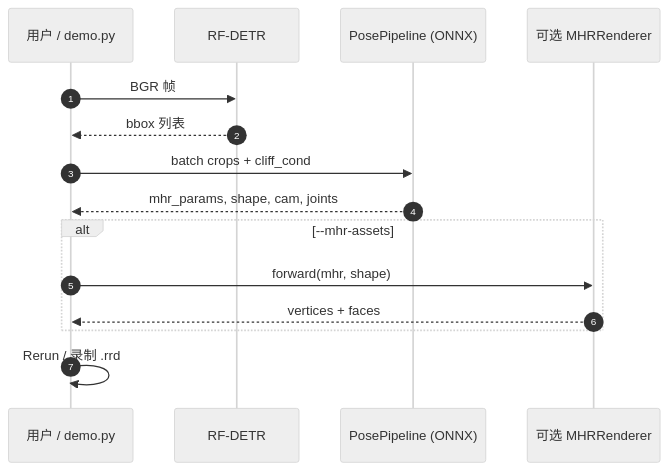
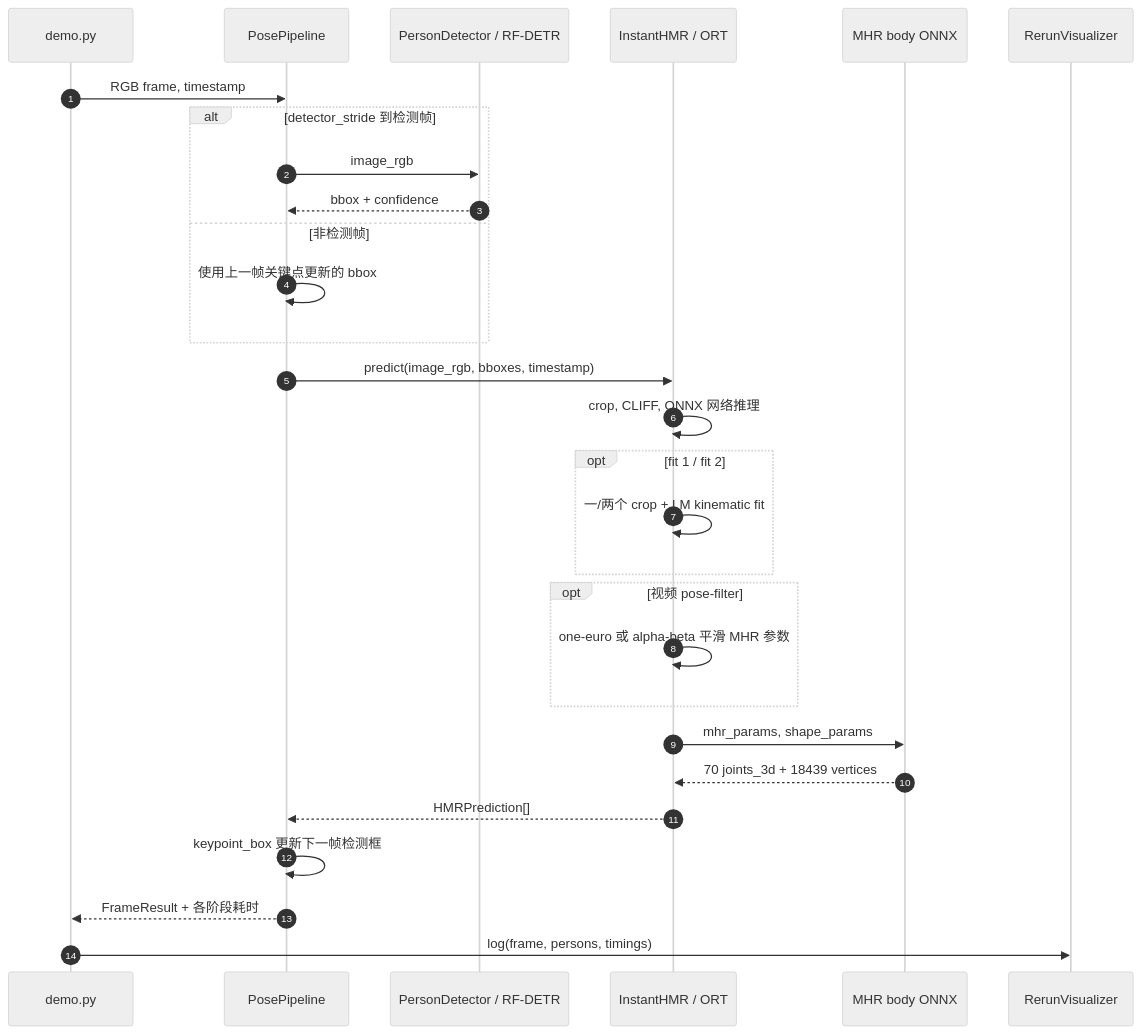
Before and after one commit to ImChong/Robotics_Notebooks: the second of 2 diagrams in wiki/entities/instanthmr.md, drawn with Mermaid (neutral theme). The commit also changed other lines of this file, not shown here.

Commit message:
docs: 核对 InstantHMR 论文与最新源码并完善实体页

````diff
--- a/wiki/entities/instanthmr.md
+++ b/wiki/entities/instanthmr.md
@@ -80,17 +94,31 @@
-```mermaid
+~~~mermaid
 sequenceDiagram
   autonumber
-  participant U as 用户 / demo.py
-  participant D as RF-DETR
-  participant P as PosePipeline (ONNX)
-  participant R as 可选 MHRRenderer
-  U->>D: BGR 帧
-  D-->>U: bbox 列表
-  U->>P: batch crops + cliff_cond
-  P-->>U: mhr_params, shape, cam, joints
-  alt --mhr-assets
-    U->>R: forward(mhr, shape)
-    R-->>U: vertices + faces
+  participant U as demo.py
+  participant P as PosePipeline
+  participant D as PersonDetector / RF-DETR
+  participant I as InstantHMR / ORT
+  participant B as MHR body ONNX
+  participant V as RerunVisualizer
+  U->>P: RGB frame, timestamp
+  alt detector_stride 到检测帧
+    P->>D: image_rgb
+    D-->>P: bbox + confidence
+  else 非检测帧
+    P->>P: 使用上一帧关键点更新的 bbox
   end
-  U->>U: Rerun / 录制 .rrd
-```
+  P->>I: predict(image_rgb, bboxes, timestamp)
+  I->>I: crop, CLIFF, ONNX 网络推理
+  opt fit 1 / fit 2
+    I->>I: 一/两个 crop + LM kinematic fit
+  end
+  opt 视频 pose-filter
+    I->>I: one-euro 或 alpha-beta 平滑 MHR 参数
+  end
+  I->>B: mhr_params, shape_params
+  B-->>I: 70 joints_3d + 18439 vertices
+  I-->>P: HMRPrediction[]
+  P->>P: keypoint_box 更新下一帧检测框
+  P-->>U: FrameResult + 各阶段耗时
+  U->>V: log(frame, persons, timings)
+~~~
````
